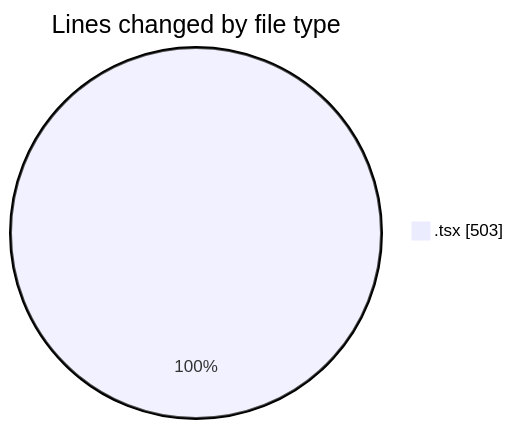
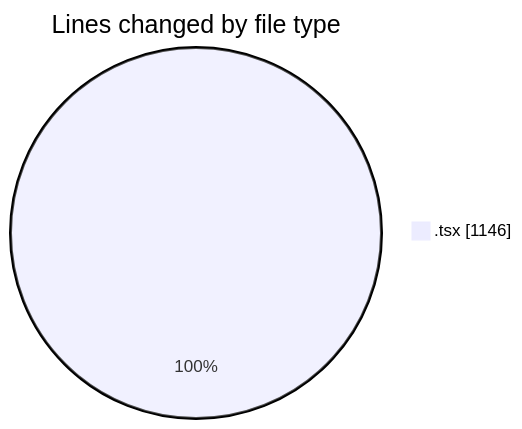
One commit to nxtqubesakshisongat/code-tracking changed the first of 2 diagrams in 2026-06-07/nxtqube_webapp/README.md. Above: the diagram before and after it, drawn with Mermaid. The commit also changed other lines of this file and 1 other file, not shown here.

````diff
--- a/2026-06-07/nxtqube_webapp/README.md
+++ b/2026-06-07/nxtqube_webapp/README.md
@@ -20,5 +21,5 @@
 ```mermaid
 pie showData
 title Lines changed by file type
-".tsx" : 503
+".tsx" : 1146
 ```
````
